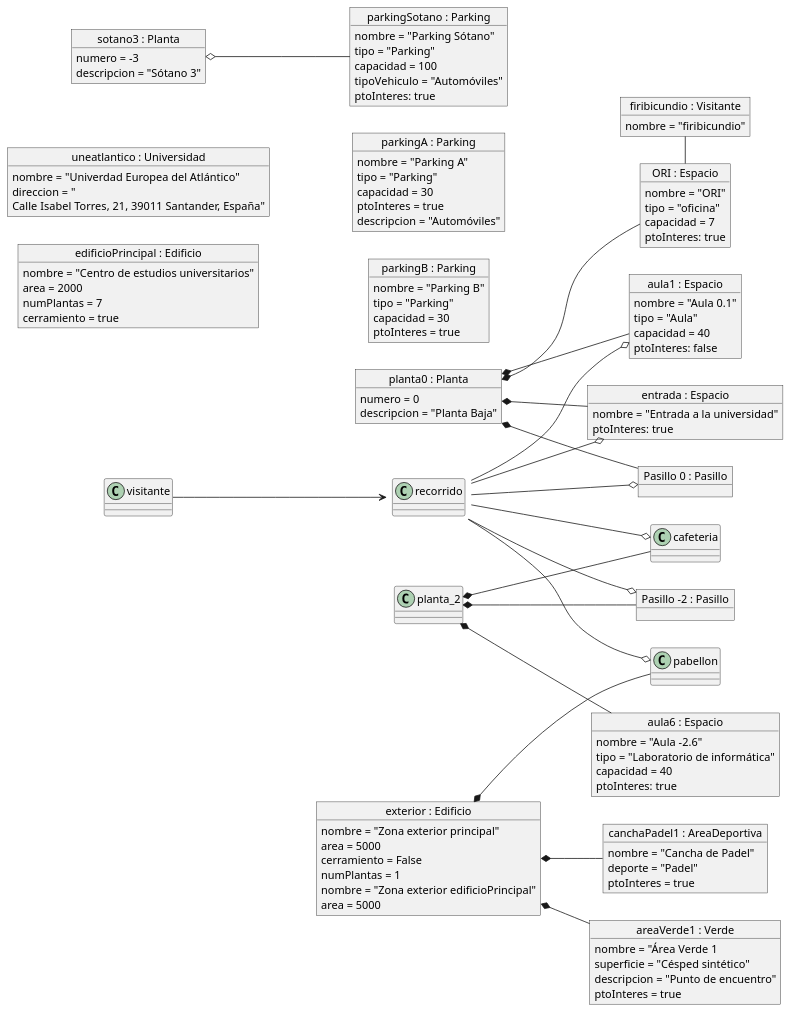
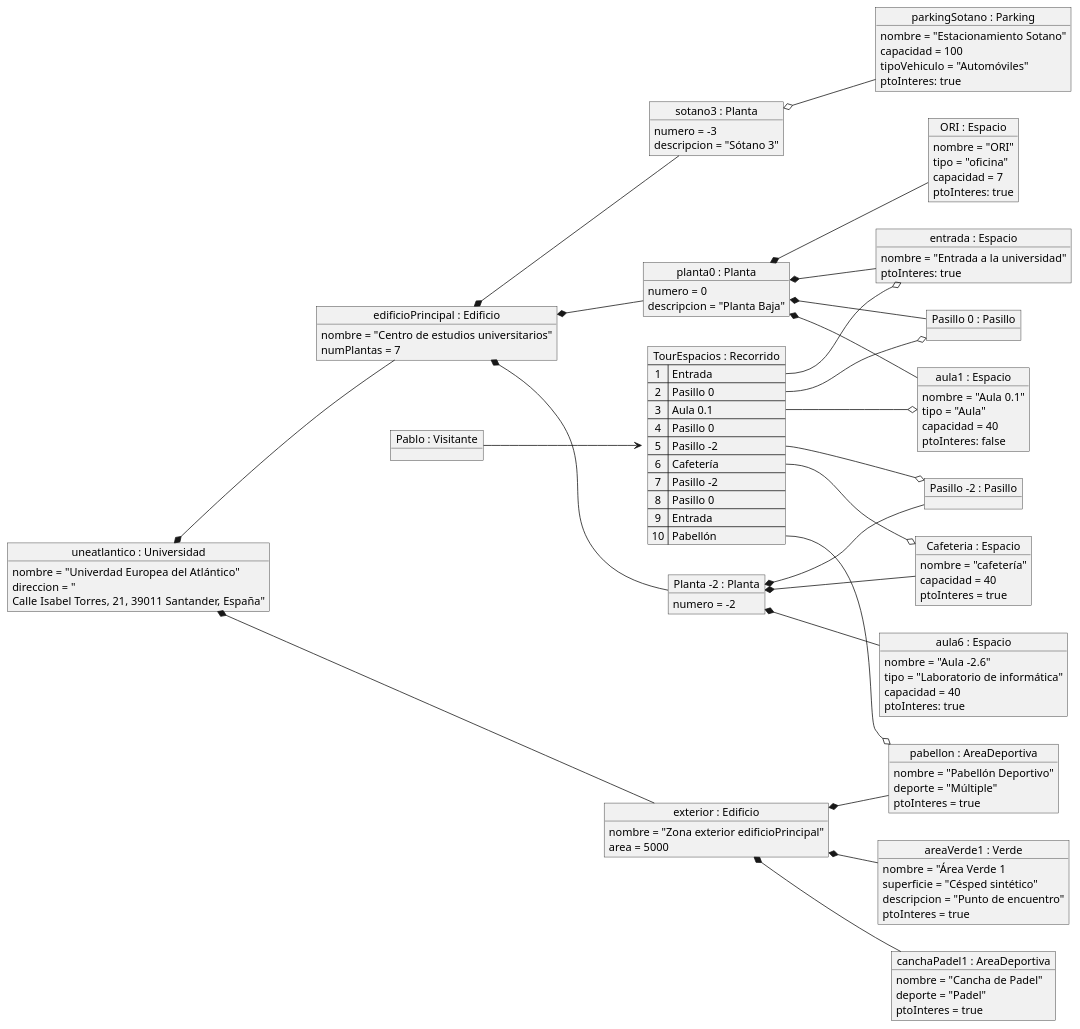
One commit to Camila-Lesly/25-26-idsw1-sdr changed the diagram in documentos/00-modeloDeDominio/DiagramaDeObjetos/diagramaDeObjetos.puml. Above: the diagram before and after it, drawn with PlantUML.

Commit message:
fix(docs):resolve conflicts

```diff
--- a/documentos/00-modeloDeDominio/DiagramaDeObjetos/diagramaDeObjetos.puml
+++ b/documentos/00-modeloDeDominio/DiagramaDeObjetos/diagramaDeObjetos.puml
@@ -1,132 +1,140 @@
 @startuml
 left to right direction
 
 object "uneatlantico : Universidad" as uneatlantico {
     nombre = "Univerdad Europea del Atlántico"
     direccion = "
     Calle Isabel Torres, 21, 39011 Santander, España"
 }
 
 object "edificioPrincipal : Edificio" as edificioPrincipal {
     nombre = "Centro de estudios universitarios"
-    area = 2000
     numPlantas = 7
-    cerramiento = true
-}
-
-object "exterior : Edificio" as exterior {
-    nombre = "Zona exterior principal"
-    area = 5000
-    cerramiento = False
-    numPlantas = 1
 }
 
 object "sotano3 : Planta" as sotano3 {
     numero = -3
     descripcion = "Sótano 3"
 }
 
 object "planta0 : Planta" as planta0 {
     numero = 0
     descripcion = "Planta Baja"
-}
-
-object "firibicundio : Visitante" as firibicundio {
-    nombre = "firibicundio"
 }
 
 object "aula1 : Espacio" as aula1 {
     nombre = "Aula 0.1"
     tipo = "Aula"
     capacidad = 40
     ptoInteres: false
 }
 
 object "entrada : Espacio" as entrada{
     nombre = "Entrada a la universidad"
     ptoInteres: true
 }
 
 object "ORI : Espacio" as ORI {
     nombre = "ORI"
     tipo = "oficina"
     capacidad = 7
     ptoInteres: true
 }
 
-object "parkingA : Parking" as parkingA {
-    nombre = "Parking A"
-    tipo = "Parking"
-    capacidad = 30
-    ptoInteres = true
-    descripcion = "Automóviles"
+object "Planta -2 : Planta" as planta_2{
+    numero = -2
 }
 object "Pasillo -2 : Pasillo" as pasillo_2
 object "Pasillo 0 : Pasillo" as pasillo0
 
-object "parkingB : Parking" as parkingB {
-    nombre = "Parking B"
-    tipo = "Parking"
-    capacidad = 30
+object "Cafeteria : Espacio" as cafeteria{
+    nombre = "cafetería"
+    capacidad = 40
     ptoInteres = true
 }
 object "aula6 : Espacio" as aula6{
     nombre = "Aula -2.6"
     tipo = "Laboratorio de informática"
     capacidad = 40
     ptoInteres: true
 }
 
+
 object "parkingSotano : Parking" as parkingSotano {
-    nombre = "Parking Sótano"
-    tipo = "Parking"
+    nombre = "Estacionamiento Sotano"
     capacidad = 100
     tipoVehiculo = "Automóviles"
     ptoInteres: true
 }
 
 object "exterior : Edificio" as exterior {
     nombre = "Zona exterior edificioPrincipal"
     area = 5000
 }
 
 object "areaVerde1 : Verde" as areaVerde1 {
     nombre = "Área Verde 1
     superficie = "Césped sintético"
     descripcion = "Punto de encuentro"
     ptoInteres = true
 }
 
 object "canchaPadel1 : AreaDeportiva" as canchaPadel1 {
     nombre = "Cancha de Padel"
     deporte = "Padel"
     ptoInteres = true
 }
 
-firibicundio -right- ORI
+object "pabellon : AreaDeportiva" as pabellon {
+    nombre = "Pabellón Deportivo"
+    deporte = "Múltiple"
+    ptoInteres = true
+}
+object "Pablo : Visitante" as visitante{
+
+}
+map "TourEspacios : Recorrido" as recorrido {
+ 1 => Entrada
+ 2 => Pasillo 0
+ 3 => Aula 0.1
+ 4 => Pasillo 0
+ 5 => Pasillo -2
+ 6 => Cafetería
+ 7 => Pasillo -2
+ 8 => Pasillo 0
+ 9 => Entrada
+ 10 => Pabellón
+}
+
+uneatlantico *-- edificioPrincipal
+uneatlantico *-- exterior
+
+edificioPrincipal *-- sotano3
+edificioPrincipal *-- planta0
+edificioPrincipal *-- planta_2
 
 planta0 *-- aula1
 planta0 *-- ORI
 planta0 *-- entrada
 planta0 *-- pasillo0
 sotano3 o-- parkingSotano
 
 
 planta_2 *-- cafeteria
 planta_2 *-- aula6
 planta_2 *-- pasillo_2
 
 
 exterior *-- areaVerde1
 exterior *-- canchaPadel1
 exterior *-- pabellon
 
 visitante --> recorrido
 recorrido::1 --o entrada
 recorrido::2 --o pasillo0
 recorrido::3 --o aula1
 recorrido::5 --o pasillo_2
 recorrido::6 --o cafeteria
 recorrido::10 --o pabellon
 
 @enduml
```
